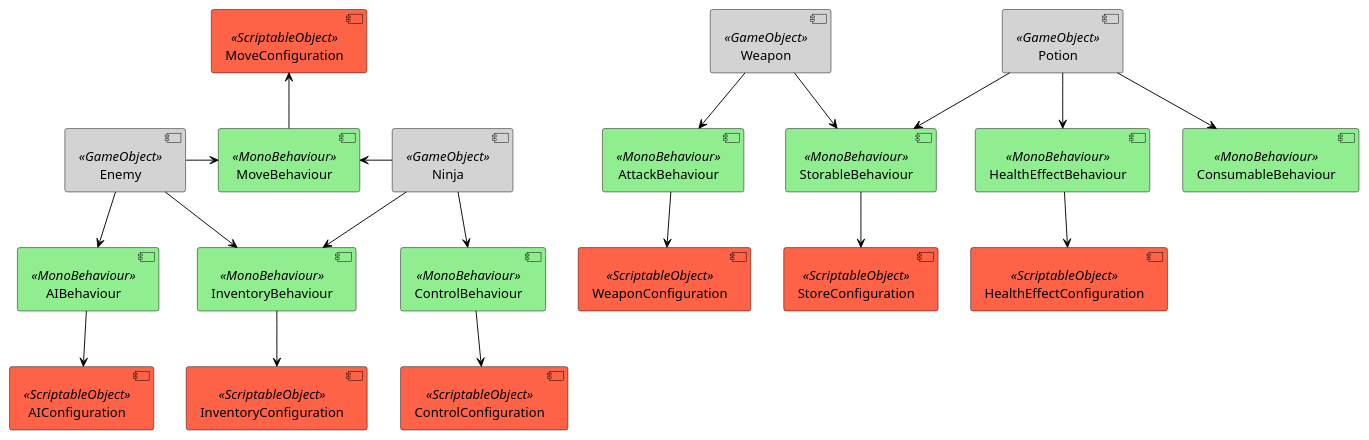
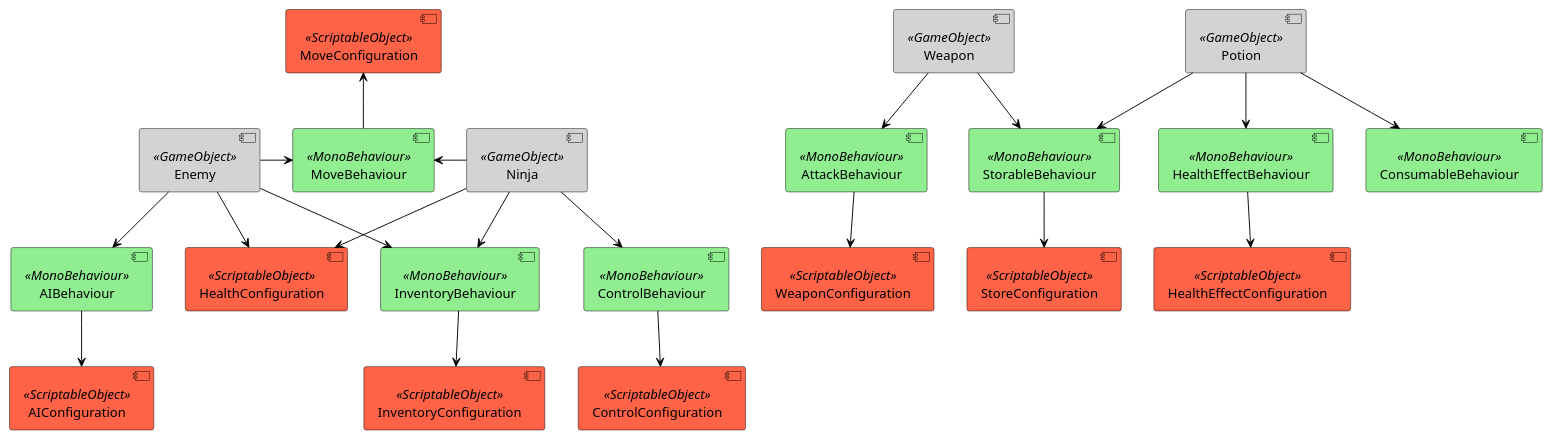
One commit to jcawe/NinjaProject changed the diagram in Documentation/design.wsd. Above: the diagram before and after it, drawn with PlantUML.

Commit message:
:pencil: Adds Health component

```diff
--- a/Documentation/design.wsd
+++ b/Documentation/design.wsd
@@ -1,54 +1,57 @@
 @startuml design
 
 skinparam component {
     borderColor Black
     backgroundColor<<GameObject>> LightGray
     backgroundColor<<MonoBehaviour>> LightGreen
     backgroundColor<<ScriptableObject>> Tomato
     ArrowColor Black
     Text Bold
 }
 
 component Ninja <<GameObject>>
 component Enemy <<GameObject>>
 component Weapon <<GameObject>>
 component Potion <<GameObject>>
 
 component MoveBehaviour <<MonoBehaviour>>
 component AttackBehaviour <<MonoBehaviour>>
 component ControlBehaviour <<MonoBehaviour>>
 component AIBehaviour <<MonoBehaviour>>
 component InventoryBehaviour <<MonoBehaviour>>
 component StorableBehaviour <<MonoBehaviour>>
 component HealthEffectBehaviour <<MonoBehaviour>>
 component ConsumableBehaviour <<MonoBehaviour>>
 
 component ControlConfiguration <<ScriptableObject>>
 component MoveConfiguration <<ScriptableObject>>
 component AIConfiguration <<ScriptableObject>>
 component InventoryConfiguration <<ScriptableObject>>
 component StoreConfiguration <<ScriptableObject>>
 component WeaponConfiguration <<ScriptableObject>>
 component HealthEffectConfiguration <<ScriptableObject>>
+component HealthConfiguration <<ScriptableObject>>
 
 Ninja --> InventoryBehaviour
 Ninja -left-> MoveBehaviour
 Ninja --> ControlBehaviour
+Ninja --> HealthConfiguration
 Enemy --> InventoryBehaviour
 Enemy -right-> MoveBehaviour
 Enemy --> AIBehaviour
+Enemy --> HealthConfiguration
 Weapon --> AttackBehaviour
 Weapon --> StorableBehaviour
 Potion --> StorableBehaviour
 Potion --> HealthEffectBehaviour
 Potion --> ConsumableBehaviour
 
 InventoryBehaviour --> InventoryConfiguration
 StorableBehaviour --> StoreConfiguration
 ControlBehaviour --> ControlConfiguration
 MoveBehaviour -up-> MoveConfiguration
 AIBehaviour --> AIConfiguration
 AttackBehaviour --> WeaponConfiguration
 HealthEffectBehaviour --> HealthEffectConfiguration
 
 @enduml
```
